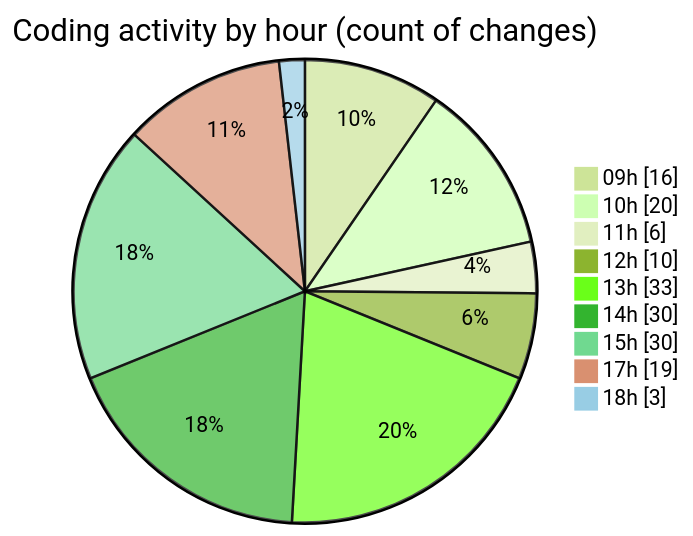
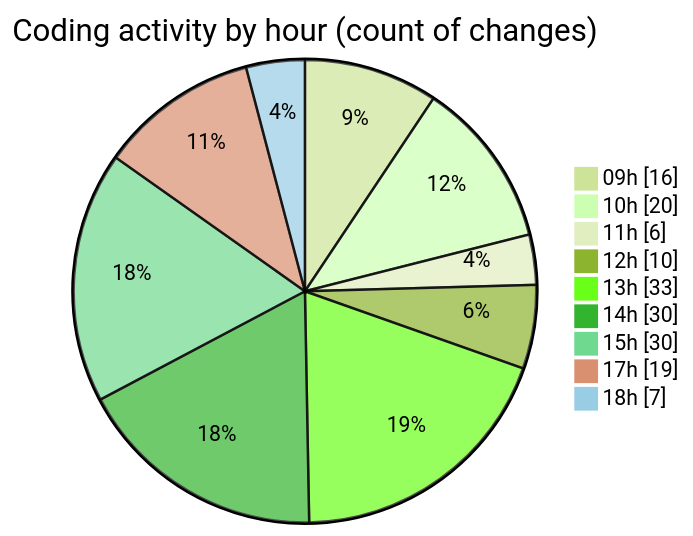
One commit to momahboobian/code-tracking changed the second of 2 diagrams in 2025-05-16/cda/README.md. Above: the diagram before and after it, drawn with Mermaid (forest theme). The commit also changed other lines of this file and 1 other file, not shown here.

````diff
--- a/2025-05-16/cda/README.md
+++ b/2025-05-16/cda/README.md
@@ -61,13 +61,13 @@
 ```mermaid
 pie showData
 title Coding activity by hour (count of changes)
 "09h" : 16
 "10h" : 20
 "11h" : 6
 "12h" : 10
 "13h" : 33
 "14h" : 30
 "15h" : 30
 "17h" : 19
-"18h" : 3
+"18h" : 7
 ```
````
